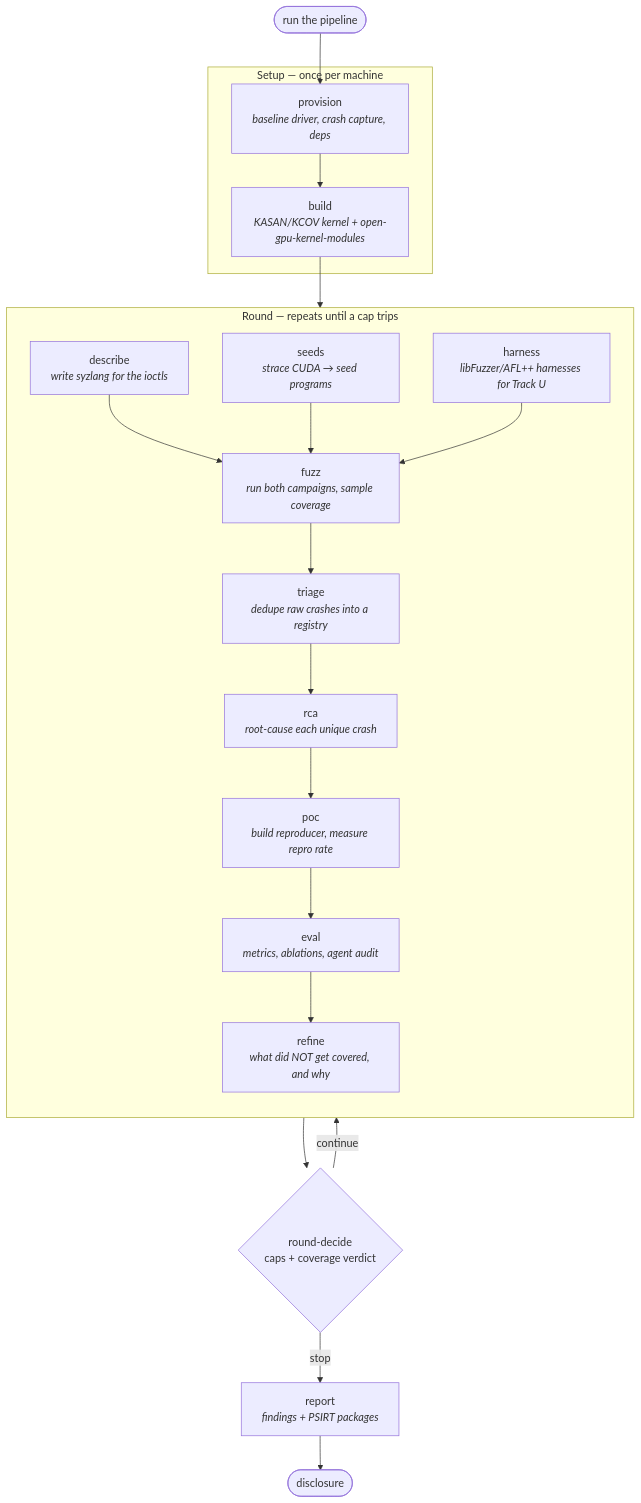
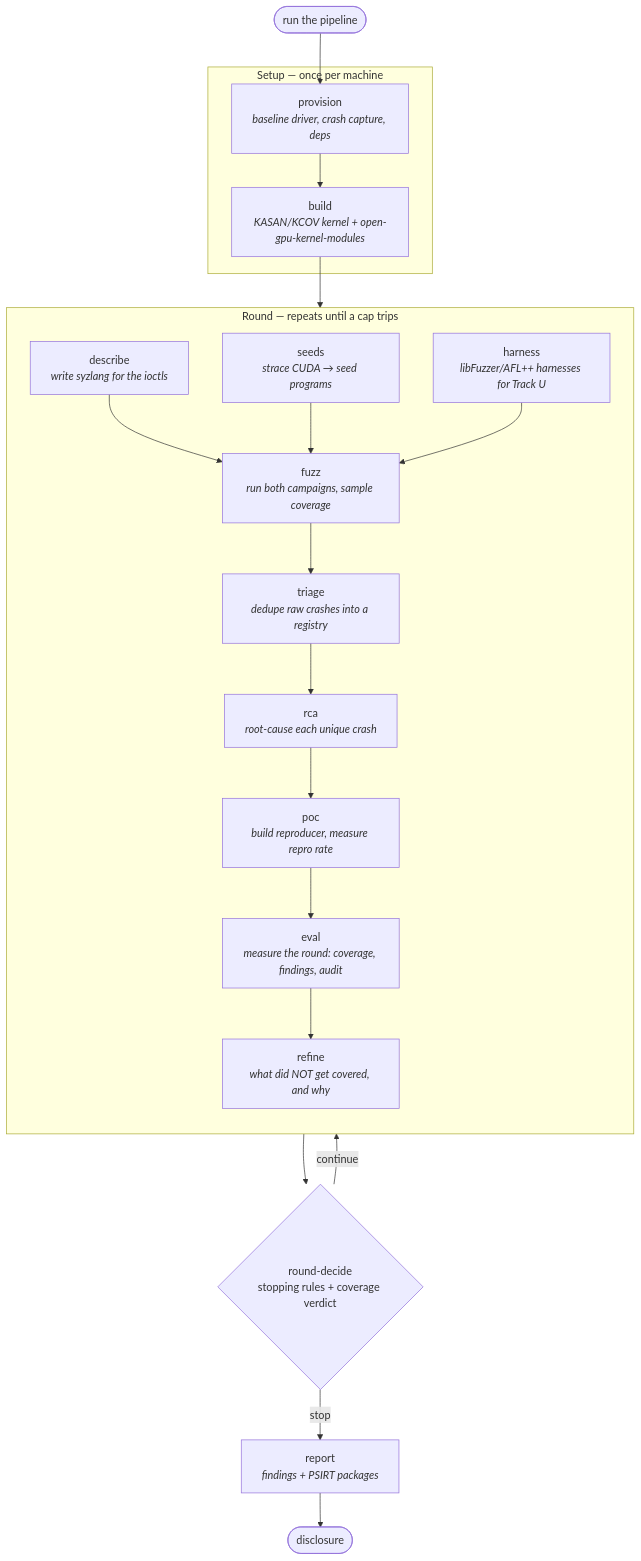
The second of 5 diagrams in README.md (Indspl0it/gspwn), drawn with Mermaid before and after one commit. The commit also changed other lines of this file and 20 other files, not shown here.

````diff
--- a/README.md
+++ b/README.md
@@ -123,34 +123,34 @@
 ```mermaid
 flowchart TD
     Start([run the pipeline]) --> P1
 
     subgraph SETUP["Setup — once per machine"]
         P1["provision<br/><i>baseline driver, crash capture, deps</i>"]
         P2["build<br/><i>KASAN/KCOV kernel + open-gpu-kernel-modules</i>"]
         P1 --> P2
     end
 
     P2 --> ROUND
 
     subgraph ROUND["Round — repeats until a cap trips"]
         direction TB
         P3["describe<br/><i>write syzlang for the ioctls</i>"]
         P4["seeds<br/><i>strace CUDA → seed programs</i>"]
         P5["harness<br/><i>libFuzzer/AFL++ harnesses for Track U</i>"]
         P6["fuzz<br/><i>run both campaigns, sample coverage</i>"]
         P7["triage<br/><i>dedupe raw crashes into a registry</i>"]
         P8["rca<br/><i>root-cause each unique crash</i>"]
         P9["poc<br/><i>build reproducer, measure repro rate</i>"]
-        P10["eval<br/><i>metrics, ablations, agent audit</i>"]
+        P10["eval<br/><i>measure the round: coverage, findings, audit</i>"]
         P11["refine<br/><i>what did NOT get covered, and why</i>"]
         P3 --> P6
         P4 --> P6
         P5 --> P6
         P6 --> P7 --> P8 --> P9 --> P10 --> P11
     end
 
-    ROUND --> D{"round-decide<br/>caps + coverage verdict"}
+    ROUND --> D{"round-decide<br/>stopping rules + coverage verdict"}
     D -->|"continue"| ROUND
     D -->|"stop"| P12["report<br/><i>findings + PSIRT packages</i>"]
     P12 --> End([disclosure])
 ```
````
